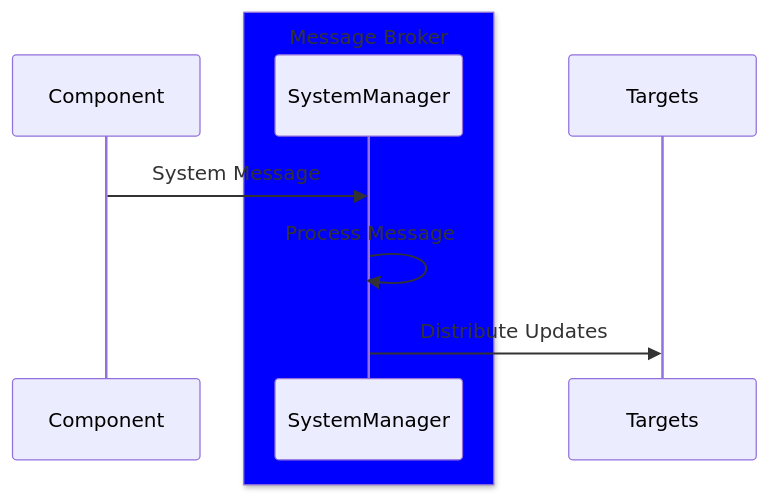
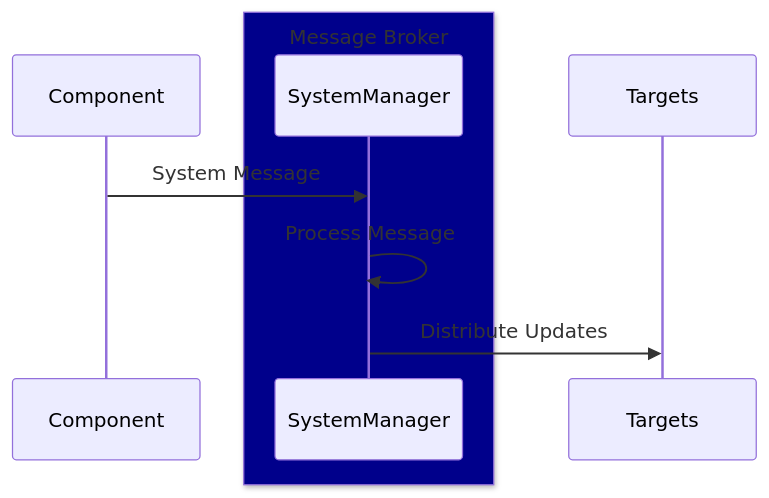
One commit to DeX-Group-LLC/mb-server-node changed the fourth of 4 diagrams in docs/concepts/message-flow.md. Above: the diagram before and after it, drawn with Mermaid. The commit also changed other lines of this file, not shown here.

First line of the commit message:
Update message flow diagrams with DarkBlue component box styling

````diff
--- a/docs/concepts/message-flow.md
+++ b/docs/concepts/message-flow.md
@@ -88,12 +88,12 @@
 ```mermaid
 sequenceDiagram
     participant Component
-    box Blue Message Broker
+    box DarkBlue Message Broker
     participant SystemManager
     end
     participant Targets
 
     Component->>SystemManager: System Message
     SystemManager->>SystemManager: Process Message
     SystemManager->>Targets: Distribute Updates
 ```
````
